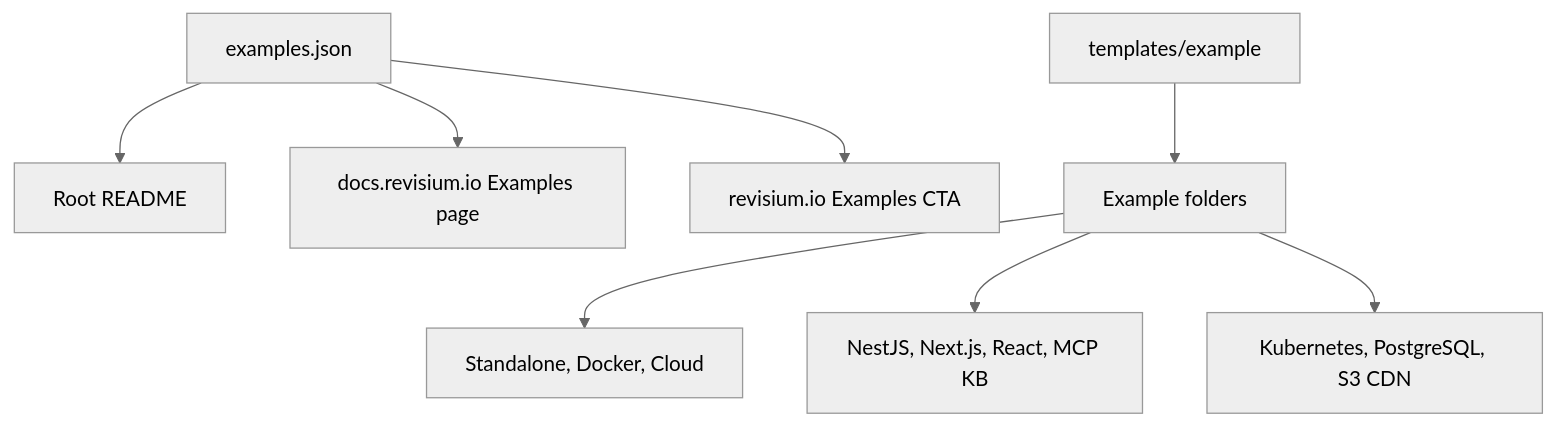
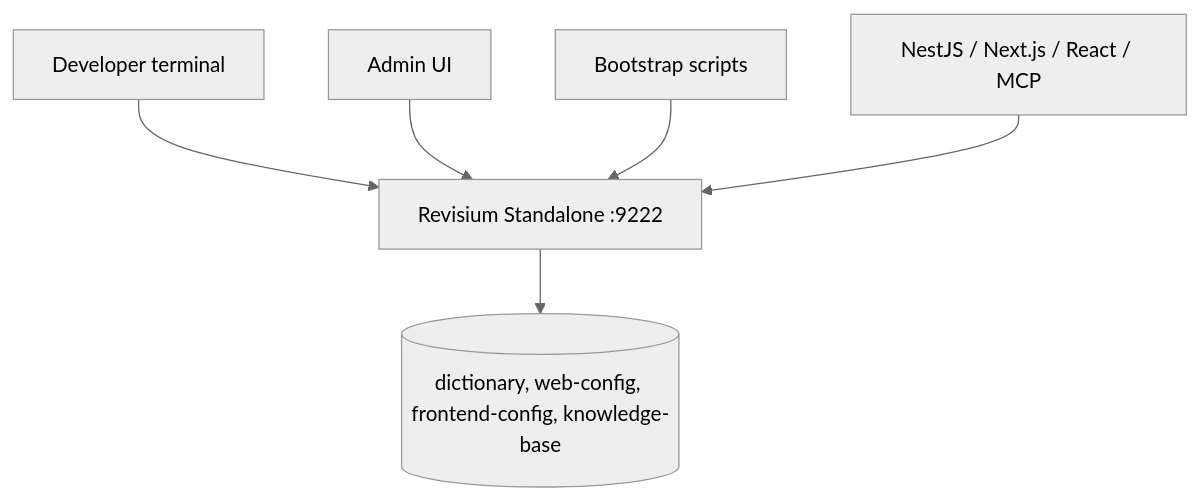
The diagram in README.md (revisium/revisium-examples), drawn with Mermaid (neutral theme) before and after one commit. The commit also changed other lines of this file and 63 other files, not shown here.

Commit message:
docs: standalone only examples (#5)

````diff
--- a/README.md
+++ b/README.md
@@ -74,10 +143,8 @@
 ```mermaid
 flowchart TB
-  Catalog[examples.json] --> RootReadme[Root README]
-  Catalog --> Docs[docs.revisium.io Examples page]
-  Catalog --> Website[revisium.io Examples CTA]
-  Template[templates/example] --> Examples[Example folders]
-  Examples --> Quickstarts[Standalone, Docker, Cloud]
-  Examples --> Apps[NestJS, Next.js, React, MCP KB]
-  Examples --> Infra[Kubernetes, PostgreSQL, S3 CDN]
+  Dev[Developer terminal] --> Standalone[Revisium Standalone :9222]
+  Browser[Admin UI] --> Standalone
+  Bootstrap[Bootstrap scripts] --> Standalone
+  Apps[NestJS / Next.js / React / MCP] --> Standalone
+  Standalone --> Projects[(dictionary, web-config, frontend-config, knowledge-base)]
 ```
````
